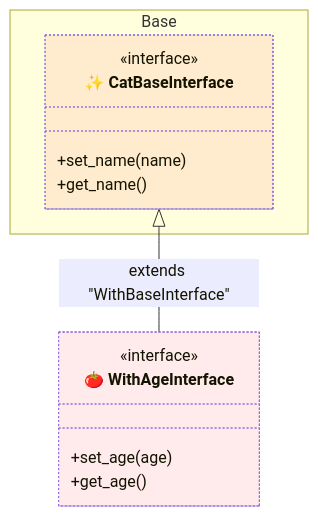
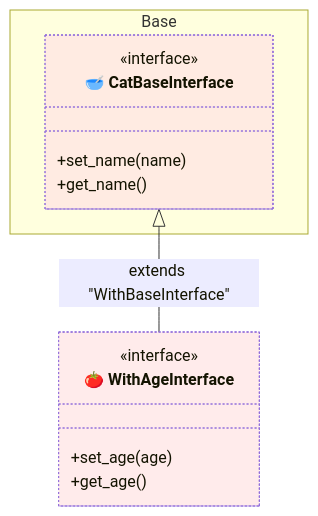
Before and after one commit to thecodecrate/python-pipeline: the sixth of 12 diagrams in tests/spec-001--class-composition-with-partial-classes.md, drawn with Mermaid. The commit also changed other lines of this file, not shown here.

````diff
--- a/tests/spec-001--class-composition-with-partial-classes.md
+++ b/tests/spec-001--class-composition-with-partial-classes.md
@@ -313,37 +323,38 @@
 ```mermaid
 ---
 config:
     class:
         hideEmptyMembersBox: true
 ---
 classDiagram
     namespace Base {
-        class Interface1["✨ CatBaseInterface"] {
+        class InterfaceBase_["🥣 CatBaseInterface"] {
             <<interface>>
             +set_name(name)
             +get_name()
         }
     }
 
     class Interface2["🍅 WithAgeInterface"] {
         <<interface>>
         +set_age(age)
         +get_age()
     }
 
     %% Relationships
-    Interface1 <|-- Interface2 : extends "WithBaseInterface"
+    InterfaceBase_ <|-- Interface2 : extends "WithBaseInterface"
 
     %% Apply Styles
-    style Base_ fill:#ffff6020, stroke-dasharray: 5 5
+    style Base_ fill:#6060ff20, stroke-dasharray: 5 5
     style Composed_ bugfix:#111, stroke-width:2px, font-weight: bold
     style External1 bugfix:#111, stroke-width:2px, font-weight: bold
     style Partial1_ fill:#60ff6020, stroke-dasharray: 5 5
     style Partial2_ fill:#60ff6020, stroke-dasharray: 5 5
     style Partial3_ fill:#60ff6020, stroke-dasharray: 5 5
     style Partial4_ fill:#60ff6020, stroke-dasharray: 5 5
+    style InterfaceBase_ fill:#ff60ff20, stroke-dasharray: 2 2
     style Interface1 fill:#ff606020, stroke-dasharray: 2 2
     style Interface2 fill:#ff606020, stroke-dasharray: 2 2
     style Interface3 fill:#ff606020, stroke-dasharray: 2 2
     style Interface4 fill:#ff606020, stroke-dasharray: 2 2
 ```
````
